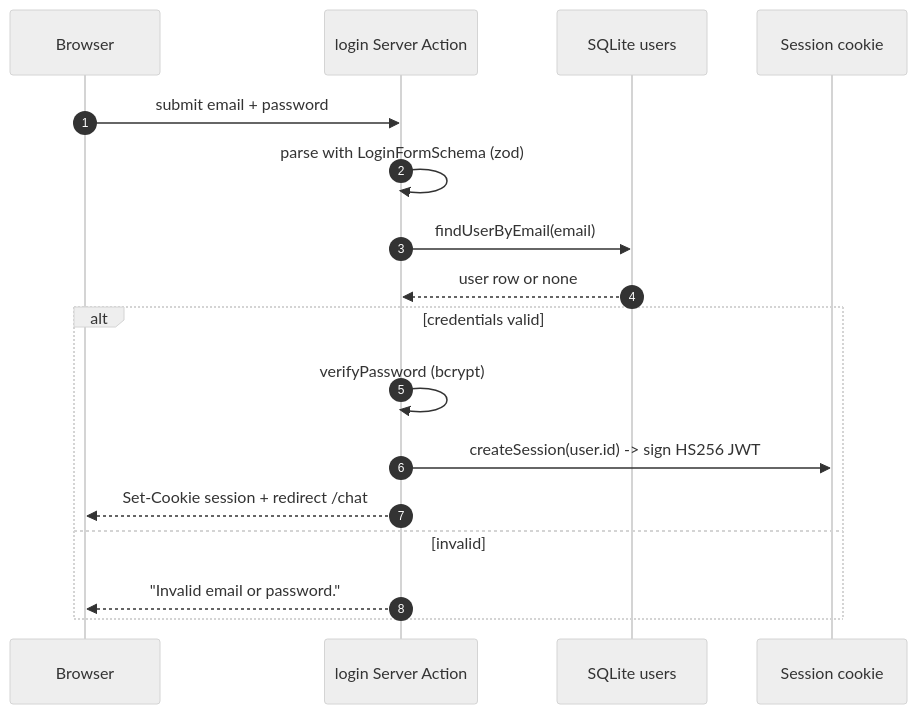
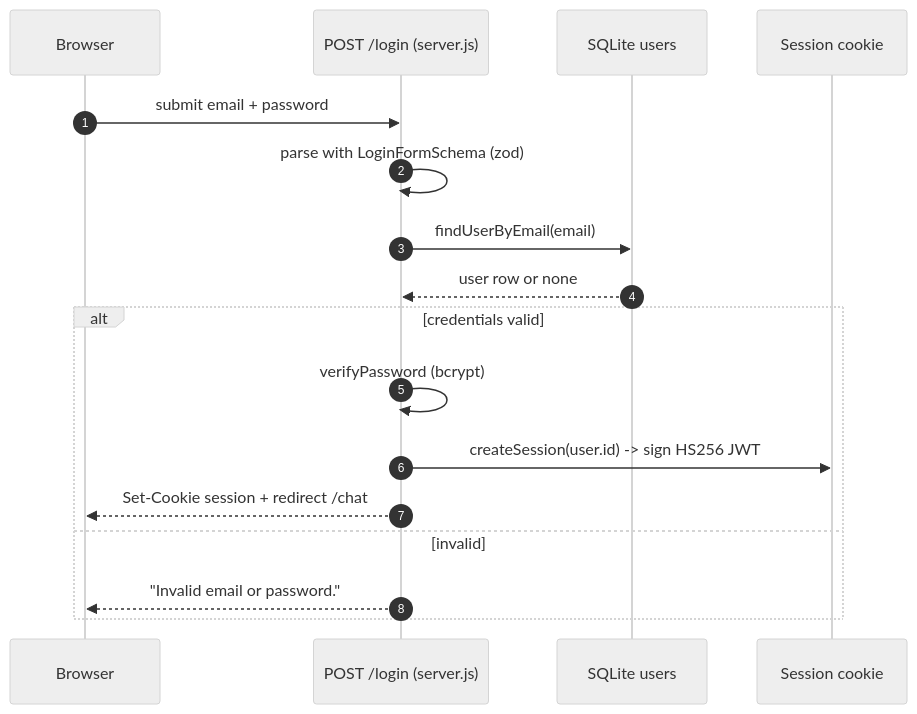
The first of 6 diagrams in docs/03-flows.md (akashh94/akapal-geap-chat-portal), drawn with Mermaid (neutral theme) before and after one commit. The commit also changed other lines of this file and 7 other files, not shown here.

````diff
--- a/docs/03-flows.md
+++ b/docs/03-flows.md
@@ -15,20 +15,20 @@
 ```mermaid
 sequenceDiagram
   autonumber
   participant U as Browser
-  participant A as login Server Action
+  participant A as POST /login (server.js)
   participant DB as SQLite users
   participant CK as Session cookie
 
   U->>A: submit email + password
   A->>A: parse with LoginFormSchema (zod)
   A->>DB: findUserByEmail(email)
   DB-->>A: user row or none
   alt credentials valid
     A->>A: verifyPassword (bcrypt)
     A->>CK: createSession(user.id) -> sign HS256 JWT
     A-->>U: Set-Cookie session + redirect /chat
   else invalid
     A-->>U: "Invalid email or password."
   end
 ```
````
